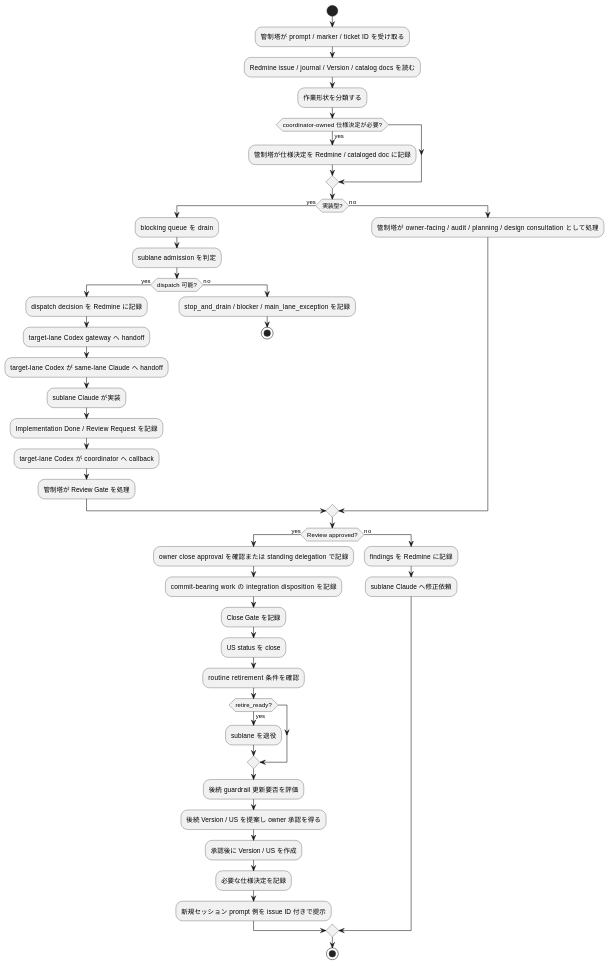
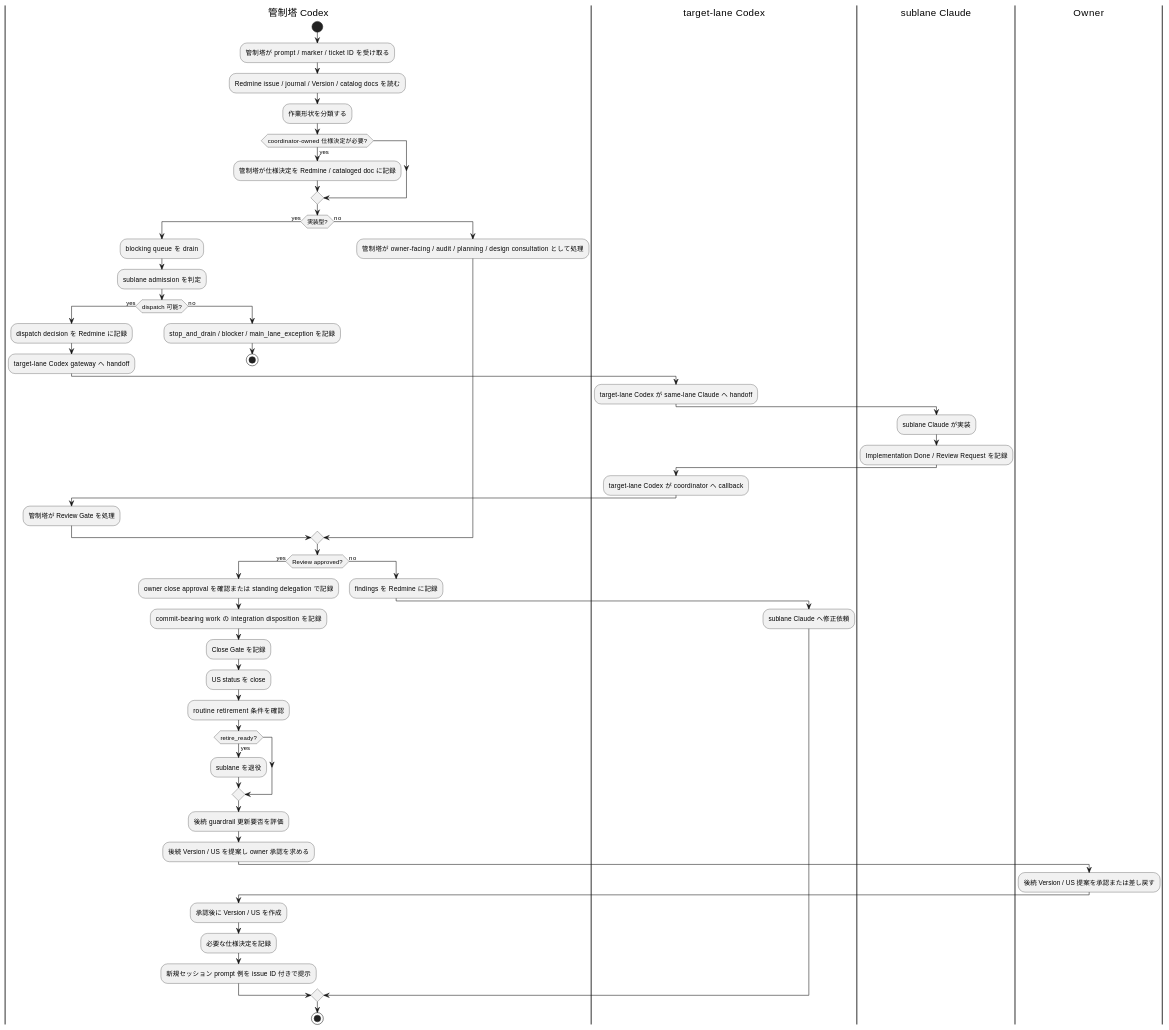
The diagram in vibes/docs/logics/coordinator-sublane-development-flow.md (hollySizzle/mozyo_bridge), drawn with PlantUML before and after one commit. The commit also changed other lines of this file, not shown here.

Commit message:
issue_12200: show development flow with swimlanes
Refs: Redmine #12200

````diff
--- a/vibes/docs/logics/coordinator-sublane-development-flow.md
+++ b/vibes/docs/logics/coordinator-sublane-development-flow.md
@@ -86,51 +88,64 @@
 ```plantuml
 @startuml
+|管制塔 Codex|
 start
 :管制塔が prompt / marker / ticket ID を受け取る;
 :Redmine issue / journal / Version / catalog docs を読む;
 :作業形状を分類する;
 
 if (coordinator-owned 仕様決定が必要?) then (yes)
   :管制塔が仕様決定を Redmine / cataloged doc に記録;
 endif
 
 if (実装型?) then (yes)
   :blocking queue を drain;
   :sublane admission を判定;
   if (dispatch 可能?) then (yes)
     :dispatch decision を Redmine に記録;
     :target-lane Codex gateway へ handoff;
+    |target-lane Codex|
     :target-lane Codex が same-lane Claude へ handoff;
+    |sublane Claude|
     :sublane Claude が実装;
     :Implementation Done / Review Request を記録;
+    |target-lane Codex|
     :target-lane Codex が coordinator へ callback;
+    |管制塔 Codex|
     :管制塔が Review Gate を処理;
   else (no)
+    |管制塔 Codex|
     :stop_and_drain / blocker / main_lane_exception を記録;
     stop
   endif
 else (no)
+  |管制塔 Codex|
   :管制塔が owner-facing / audit / planning / design consultation として処理;
 endif
 
 if (Review approved?) then (yes)
   :owner close approval を確認または standing delegation で記録;
   :commit-bearing work の integration disposition を記録;
   :Close Gate を記録;
   :US status を close;
   :routine retirement 条件を確認;
   if (retire_ready?) then (yes)
     :sublane を退役;
   endif
   :後続 guardrail 更新要否を評価;
-  :後続 Version / US を提案し owner 承認を得る;
+  :後続 Version / US を提案し owner 承認を求める;
+  |Owner|
+  :後続 Version / US 提案を承認または差し戻す;
+  |管制塔 Codex|
   :承認後に Version / US を作成;
   :必要な仕様決定を記録;
   :新規セッション prompt 例を issue ID 付きで提示;
 else (no)
+  |管制塔 Codex|
   :findings を Redmine に記録;
+  |target-lane Codex|
   :sublane Claude へ修正依頼;
 endif
+|管制塔 Codex|
 stop
 @enduml
 ```
````
